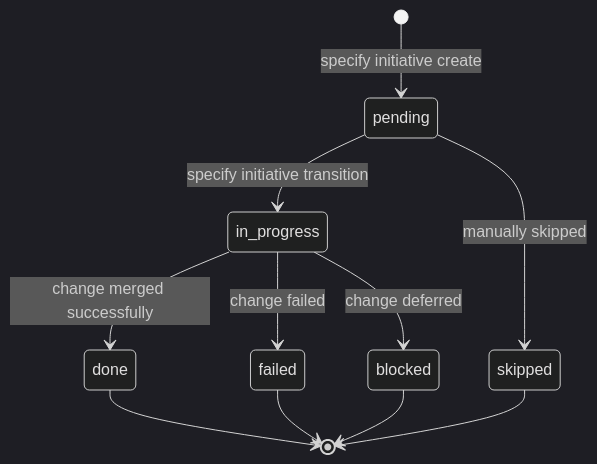
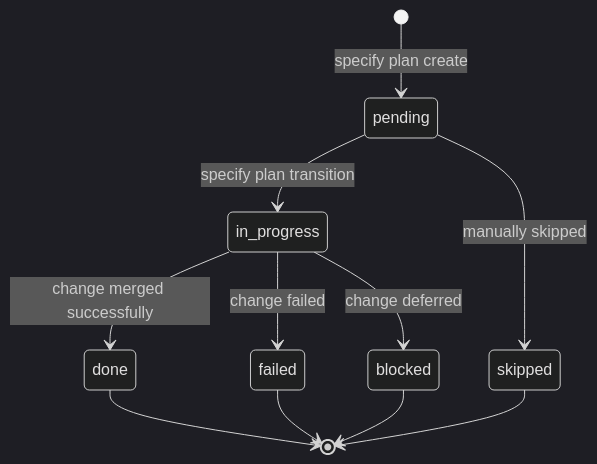
The second of 2 diagrams in docs/reference/lifecycle.md (augentic/anvil), drawn with Mermaid (dark theme) before and after one commit. The commit also changed other lines of this file and 74 other files, not shown here.

Commit message:
specify initiative -> specify plan

````diff
--- a/docs/reference/lifecycle.md
+++ b/docs/reference/lifecycle.md
@@ -66,14 +66,14 @@
 ```mermaid
 stateDiagram-v2
-    [*] --> pending: specify initiative create
-    pending --> in_progress: specify initiative transition
+    [*] --> pending: specify plan create
+    pending --> in_progress: specify plan transition
     in_progress --> done: change merged successfully
     in_progress --> failed: change failed
     in_progress --> blocked: change deferred
     pending --> skipped: manually skipped
 
     done --> [*]
     failed --> [*]
     blocked --> [*]
     skipped --> [*]
 ```
````
